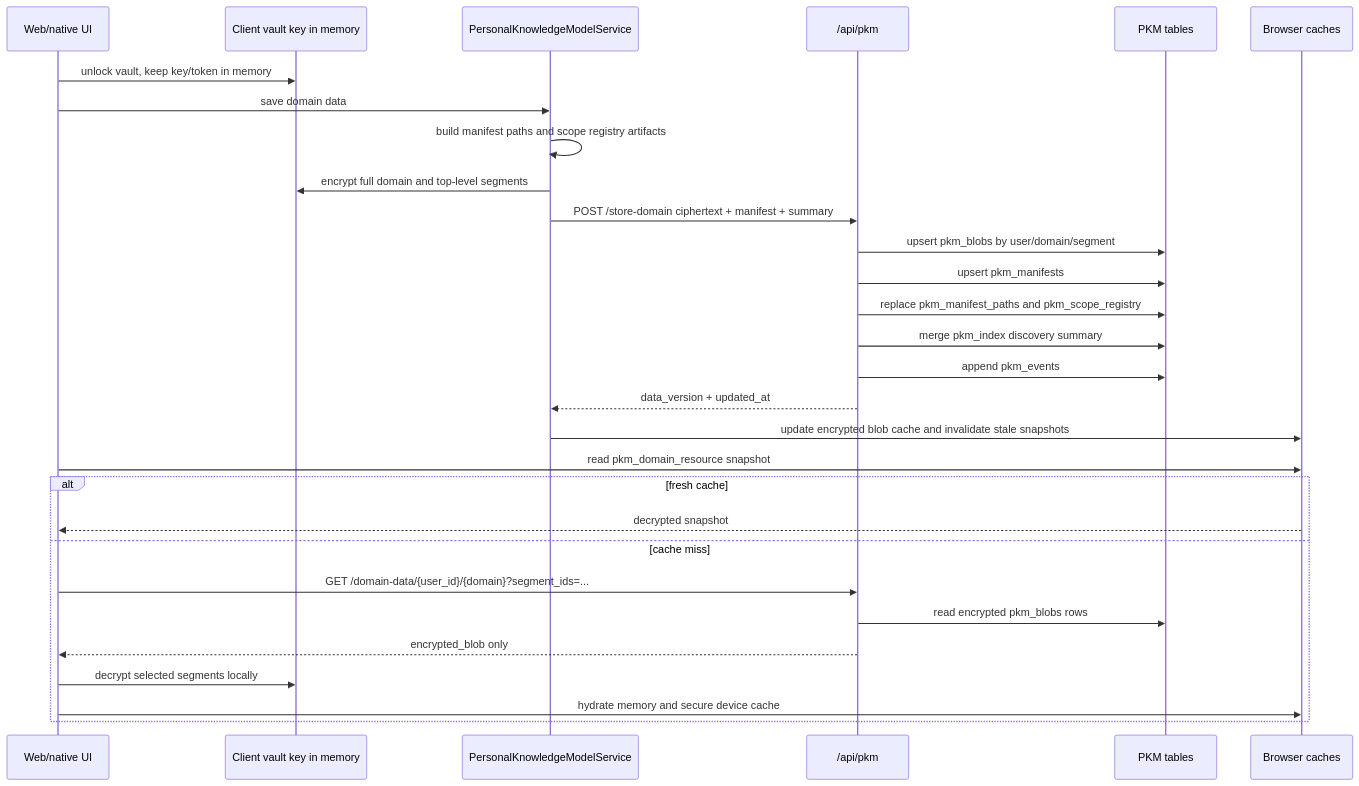
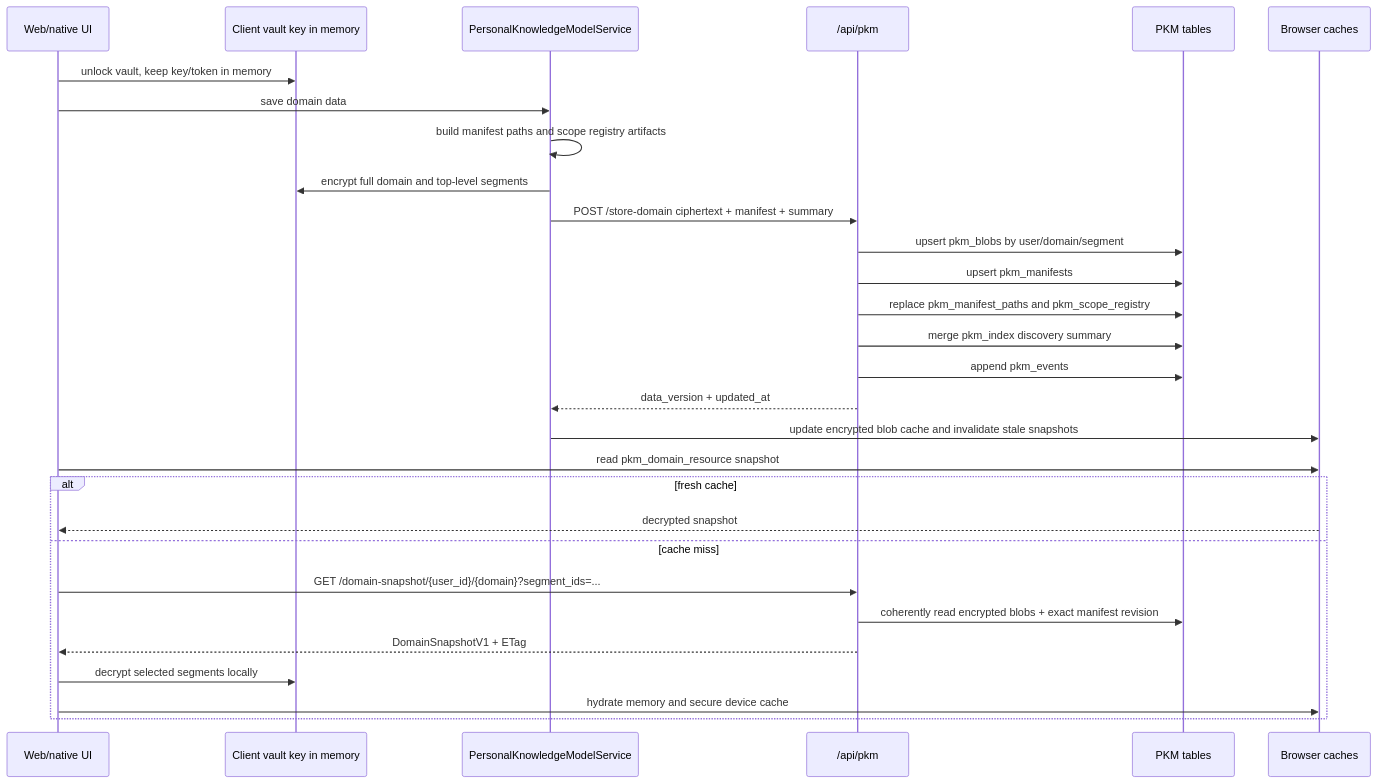
One commit to hushh-labs/hushh-research changed the second of 4 diagrams in consent-protocol/docs/reference/personal-knowledge-model.md. Above: the diagram before and after it, drawn with Mermaid. The commit also changed other lines of this file and 90 other files, not shown here.

````diff
--- a/consent-protocol/docs/reference/personal-knowledge-model.md
+++ b/consent-protocol/docs/reference/personal-knowledge-model.md
@@ -47,33 +51,33 @@
 ```mermaid
 sequenceDiagram
   participant UI as Web/native UI
   participant Vault as Client vault key in memory
   participant PkmSvc as PersonalKnowledgeModelService
   participant Api as /api/pkm
   participant DB as PKM tables
   participant Cache as Browser caches
 
   UI->>Vault: unlock vault, keep key/token in memory
   UI->>PkmSvc: save domain data
   PkmSvc->>PkmSvc: build manifest paths and scope registry artifacts
   PkmSvc->>Vault: encrypt full domain and top-level segments
   PkmSvc->>Api: POST /store-domain ciphertext + manifest + summary
   Api->>DB: upsert pkm_blobs by user/domain/segment
   Api->>DB: upsert pkm_manifests
   Api->>DB: replace pkm_manifest_paths and pkm_scope_registry
   Api->>DB: merge pkm_index discovery summary
   Api->>DB: append pkm_events
   Api-->>PkmSvc: data_version + updated_at
   PkmSvc->>Cache: update encrypted blob cache and invalidate stale snapshots
 
   UI->>Cache: read pkm_domain_resource snapshot
   alt fresh cache
     Cache-->>UI: decrypted snapshot
   else cache miss
-    UI->>Api: GET /domain-data/{user_id}/{domain}?segment_ids=...
-    Api->>DB: read encrypted pkm_blobs rows
-    Api-->>UI: encrypted_blob only
+    UI->>Api: GET /domain-snapshot/{user_id}/{domain}?segment_ids=...
+    Api->>DB: coherently read encrypted blobs + exact manifest revision
+    Api-->>UI: DomainSnapshotV1 + ETag
     UI->>Vault: decrypt selected segments locally
     UI->>Cache: hydrate memory and secure device cache
   end
 ```
````
